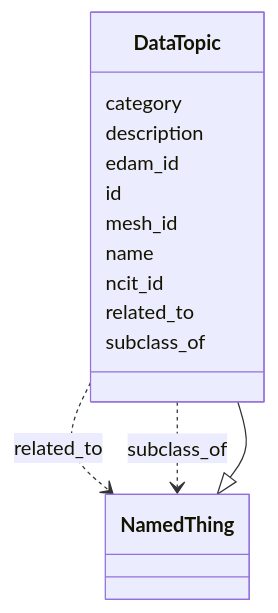
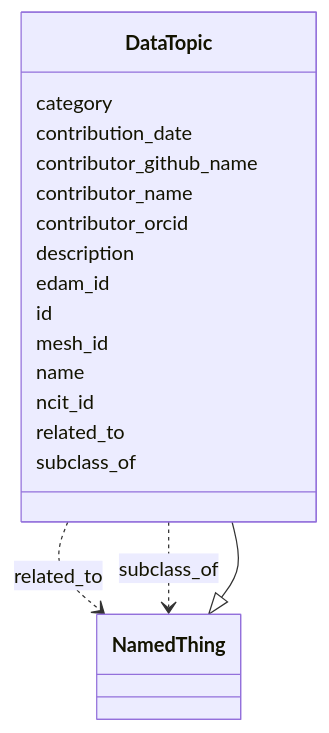
Before and after one commit to bridge2ai/standards-schemas: the diagram in docs/DataTopic.md, drawn with Mermaid. The commit also changed other lines of this file and 51 other files, not shown here.

````diff
--- a/docs/DataTopic.md
+++ b/docs/DataTopic.md
@@ -11,29 +11,37 @@
 ```mermaid
  classDiagram
     class DataTopic
       NamedThing <|-- DataTopic
       
       DataTopic : category
+        
+      DataTopic : contribution_date
+        
+      DataTopic : contributor_github_name
+        
+      DataTopic : contributor_name
+        
+      DataTopic : contributor_orcid
         
       DataTopic : description
         
       DataTopic : edam_id
         
       DataTopic : id
         
       DataTopic : mesh_id
         
       DataTopic : name
         
       DataTopic : ncit_id
         
       DataTopic : related_to
         
           DataTopic ..> NamedThing : related_to
         
       DataTopic : subclass_of
         
           DataTopic ..> NamedThing : subclass_of
         
       
 ```
````
